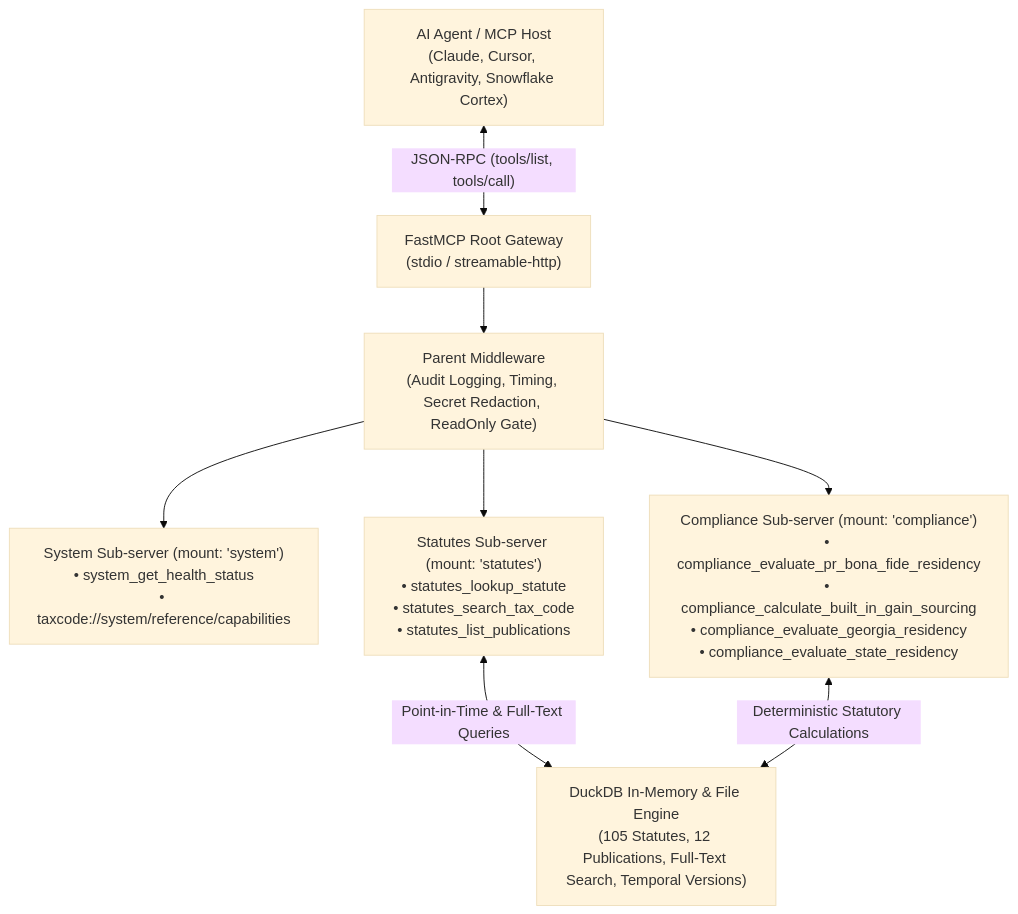
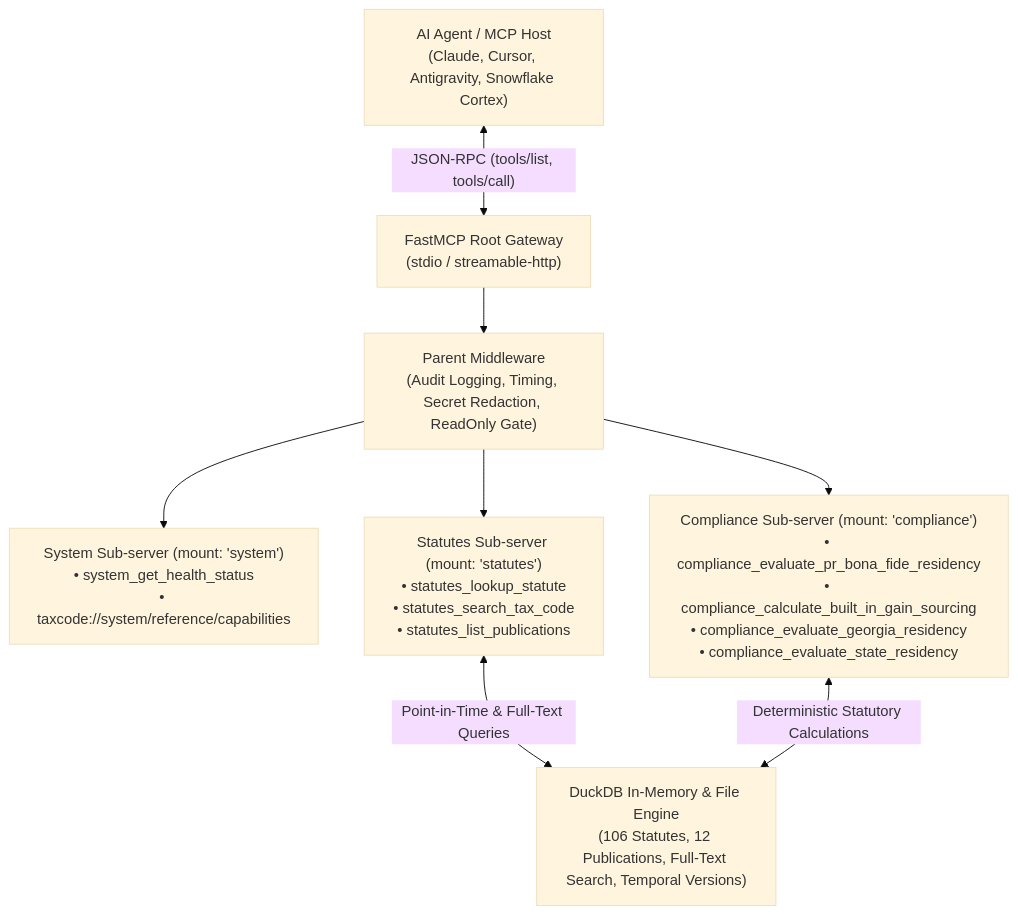
One commit to christianclaudio/mcp-server-taxcode changed the diagram in README.md. Above: the diagram before and after it, drawn with Mermaid (base theme). The commit also changed 14 other files, not shown here.

````diff
--- a/README.md
+++ b/README.md
@@ -22,18 +22,18 @@
 ```mermaid
 graph TD
     Client["AI Agent / MCP Host<br>(Claude, Cursor, Antigravity, Snowflake Cortex)"]
     Gateway["FastMCP Root Gateway<br>(stdio / streamable-http)"]
     ParentMW["Parent Middleware<br>(Audit Logging, Timing, Secret Redaction, ReadOnly Gate)"]
     SysSub["System Sub-server (mount: 'system')<br>• system_get_health_status<br>• taxcode://system/reference/capabilities"]
     StatSub["Statutes Sub-server (mount: 'statutes')<br>• statutes_lookup_statute<br>• statutes_search_tax_code<br>• statutes_list_publications"]
     CompSub["Compliance Sub-server (mount: 'compliance')<br>• compliance_evaluate_pr_bona_fide_residency<br>• compliance_calculate_built_in_gain_sourcing<br>• compliance_evaluate_georgia_residency<br>• compliance_evaluate_state_residency"]
-    DuckDB["DuckDB In-Memory & File Engine<br>(105 Statutes, 12 Publications, Full-Text Search, Temporal Versions)"]
+    DuckDB["DuckDB In-Memory & File Engine<br>(106 Statutes, 12 Publications, Full-Text Search, Temporal Versions)"]
 
     Client <-->|"JSON-RPC (tools/list, tools/call)"| Gateway
     Gateway --> ParentMW
     ParentMW --> SysSub
     ParentMW --> StatSub
     ParentMW --> CompSub
     StatSub <-->|"Point-in-Time & Full-Text Queries"| DuckDB
     CompSub <-->|"Deterministic Statutory Calculations"| DuckDB
 ```
````
